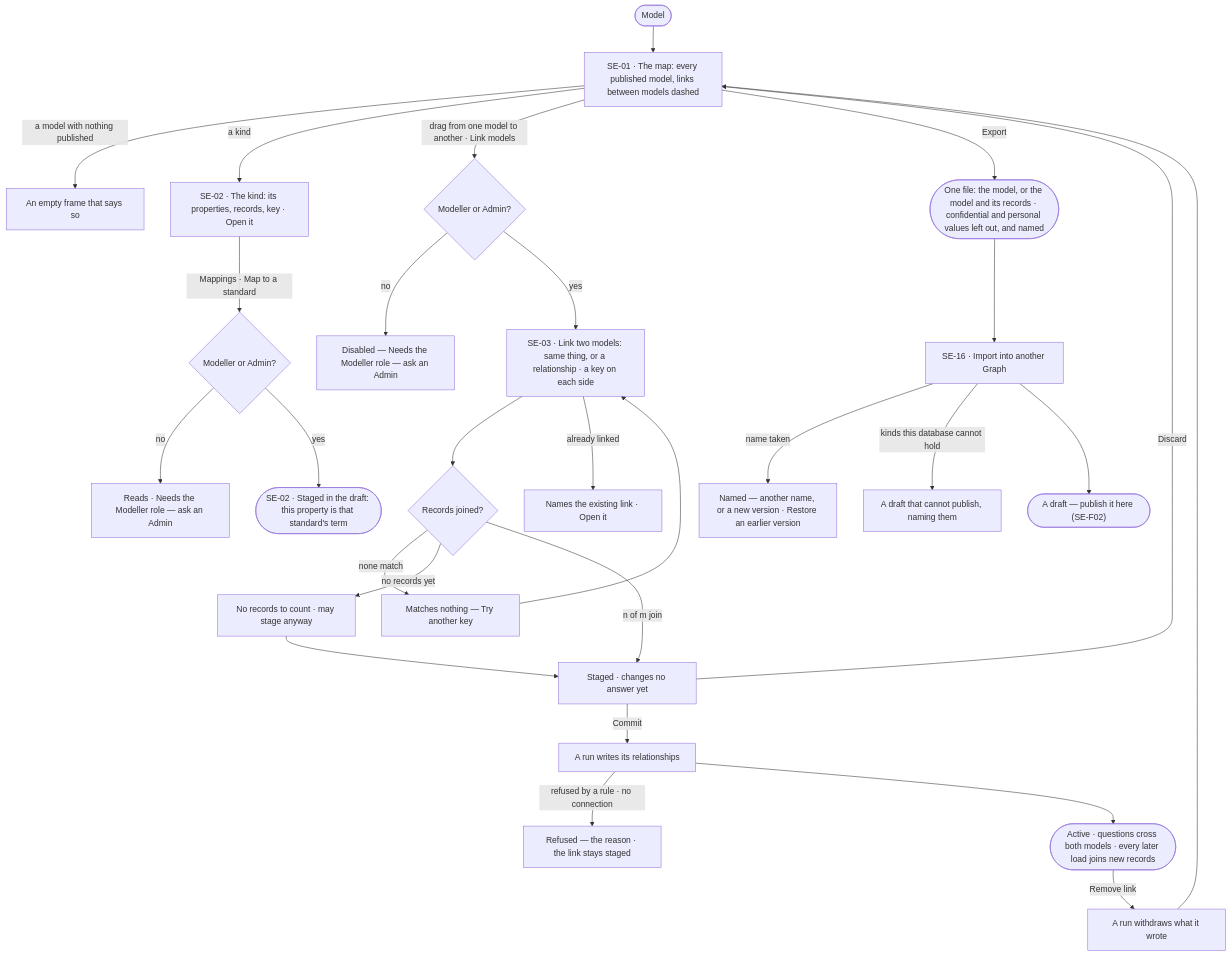
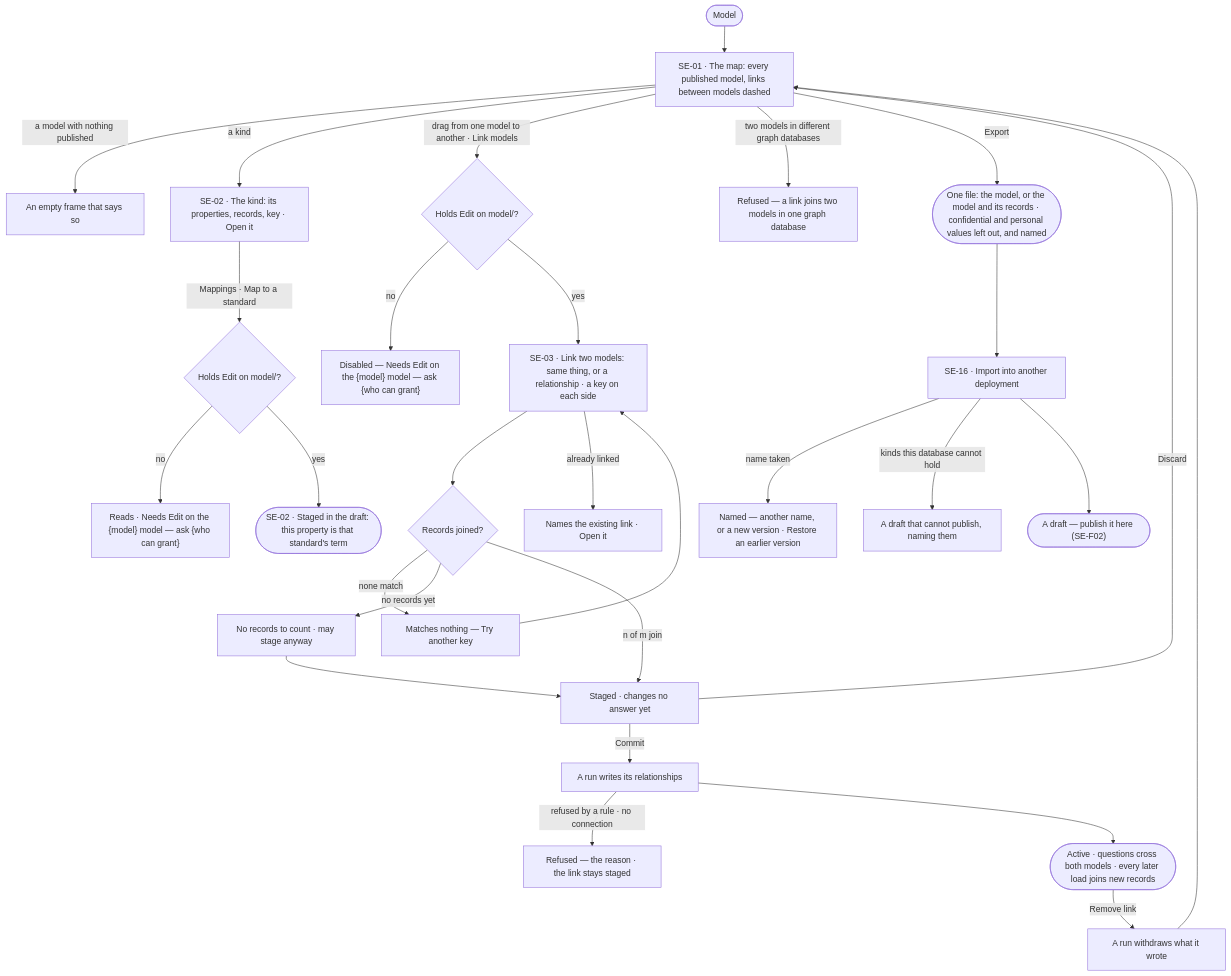
One commit to invana/invana changed the first of 2 diagrams in specs/capabilities/semantics/features/SE-F06-links-and-mappings/feature.md. Above: the diagram before and after it, drawn with Mermaid. The commit also changed other lines of this file and 456 other files, not shown here.

````diff
--- a/specs/capabilities/semantics/features/SE-F06-links-and-mappings/feature.md
+++ b/specs/capabilities/semantics/features/SE-F06-links-and-mappings/feature.md
@@ -22,28 +22,29 @@
 ```mermaid
 flowchart TD
   start([Model]) --> map["SE-01 · The map: every published model, links between models dashed"]
   map -->|a model with nothing published| empty["An empty frame that says so"]
   map -->|a kind| k["SE-02 · The kind: its properties, records, key · Open it"]
-  k -->|Mappings · Map to a standard| mp{Modeller or Admin?}
-  mp -->|no| na2["Reads · Needs the Modeller role — ask an Admin"]
+  k -->|Mappings · Map to a standard| mp{"Holds Edit on model/<model>?"}
+  mp -->|no| na2["Reads · Needs Edit on the {model} model — ask {who can grant}"]
   mp -->|yes| ms(["SE-02 · Staged in the draft: this property is that standard's term"])
-  map -->|drag from one model to another · Link models| may{Modeller or Admin?}
-  may -->|no| na["Disabled — Needs the Modeller role — ask an Admin"]
+  map -->|drag from one model to another · Link models| may{"Holds Edit on model/<model>?"}
+  may -->|no| na["Disabled — Needs Edit on the {model} model — ask {who can grant}"]
   may -->|yes| dec["SE-03 · Link two models: same thing, or a relationship · a key on each side"]
   dec --> cnt{Records joined?}
   cnt -->|none match| fix["Matches nothing — Try another key"] --> dec
   cnt -->|no records yet| ok0["No records to count · may stage anyway"]
   cnt -->|n of m join| st["Staged · changes no answer yet"]
   ok0 --> st
   dec -->|already linked| ex["Names the existing link · Open it"]
+  map -->|two models in different graph databases| xdb["Refused — a link joins two models in one graph database"]
   st -->|Discard| map
   st -->|Commit| run["A run writes its relationships"]
   run -->|refused by a rule · no connection| rf["Refused — the reason · the link stays staged"]
   run --> act(["Active · questions cross both models · every later load joins new records"])
   act -->|Remove link| rm["A run withdraws what it wrote"] --> map
   map -->|Export| ex1(["One file: the model, or the model and its records · confidential and personal values left out, and named"])
-  ex1 --> imp["SE-16 · Import into another Graph"]
+  ex1 --> imp["SE-16 · Import into another deployment"]
   imp -->|name taken| nt["Named — another name, or a new version · Restore an earlier version"]
   imp -->|kinds this database cannot hold| np["A draft that cannot publish, naming them"]
   imp --> dr(["A draft — publish it here (SE-F02)"])
 ```
````
